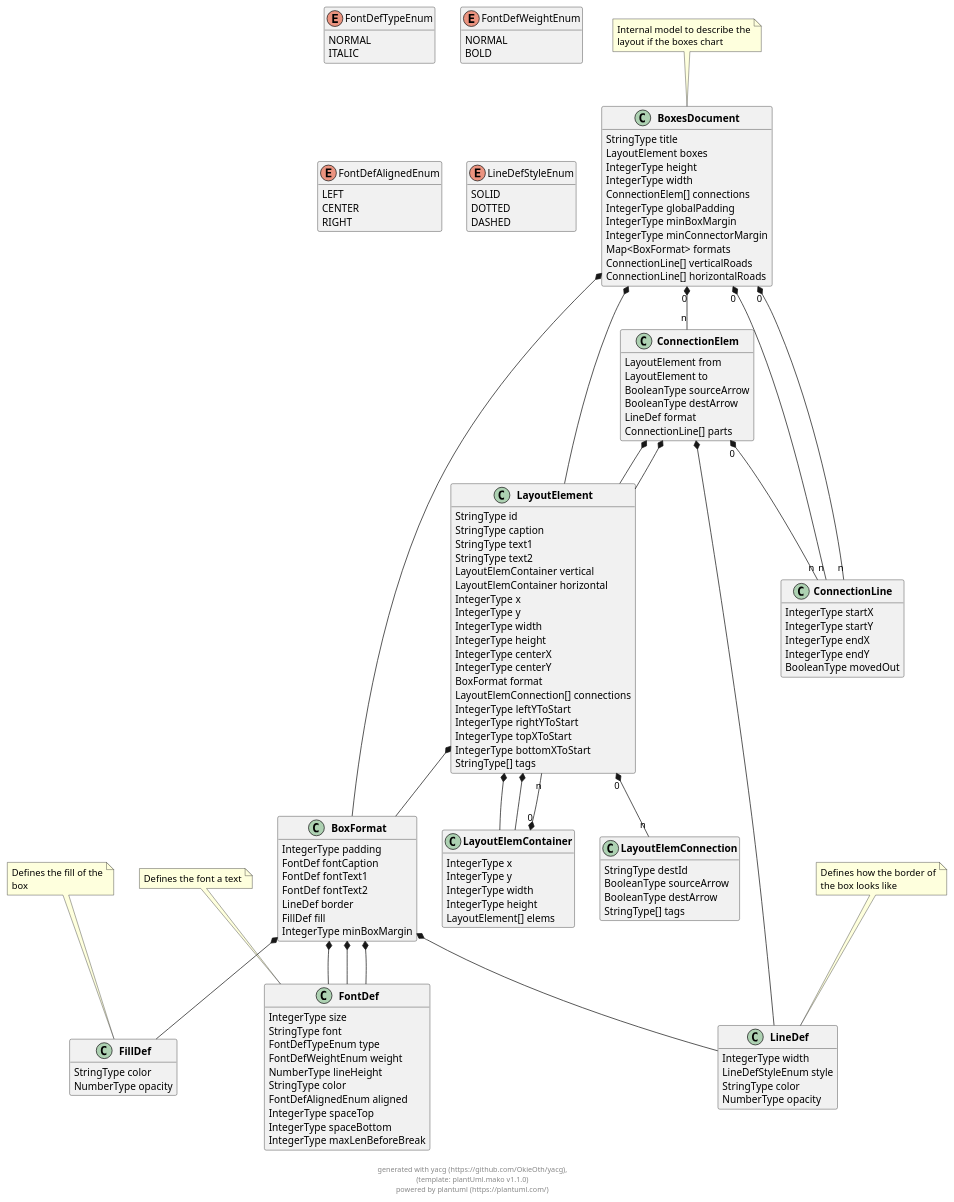
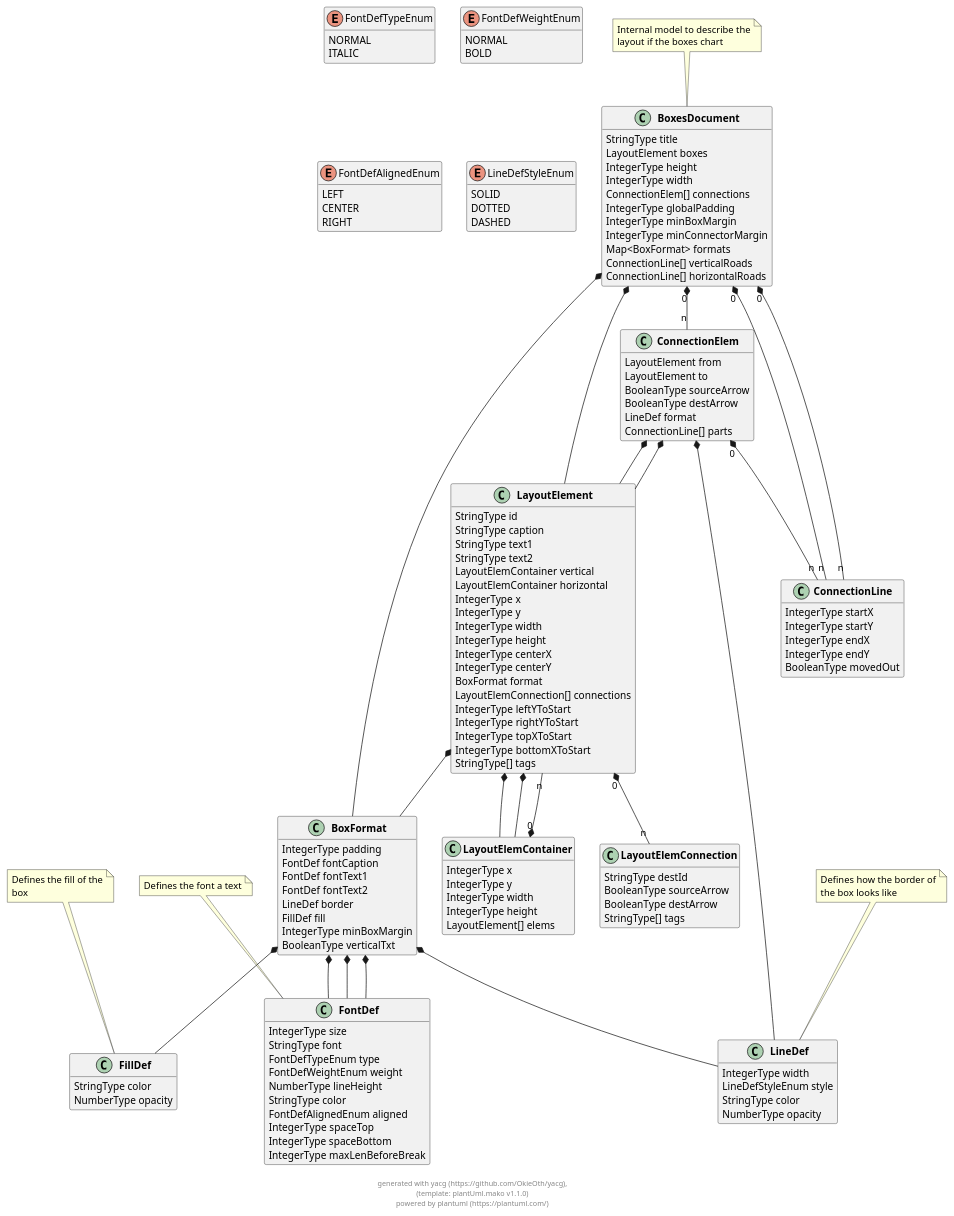
One commit to OkieOth/draw.chart.things changed the diagram in docs/models/puml/boxes_document.puml. Above: the diagram before and after it, drawn with PlantUML. The commit also changed 13 other files, not shown here.

```diff
--- a/docs/models/puml/boxes_document.puml
+++ b/docs/models/puml/boxes_document.puml
@@ -65,6 +65,7 @@
         LineDef border
         FillDef fill
         IntegerType minBoxMargin
+        BooleanType verticalTxt
 }
 
  
@@ -221,6 +222,7 @@
 BoxFormat  *--  FillDef
 
 
+
     
 
 
```
